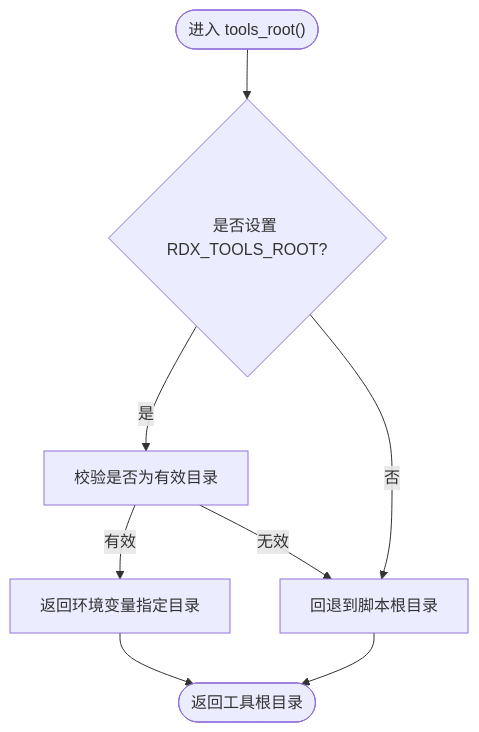
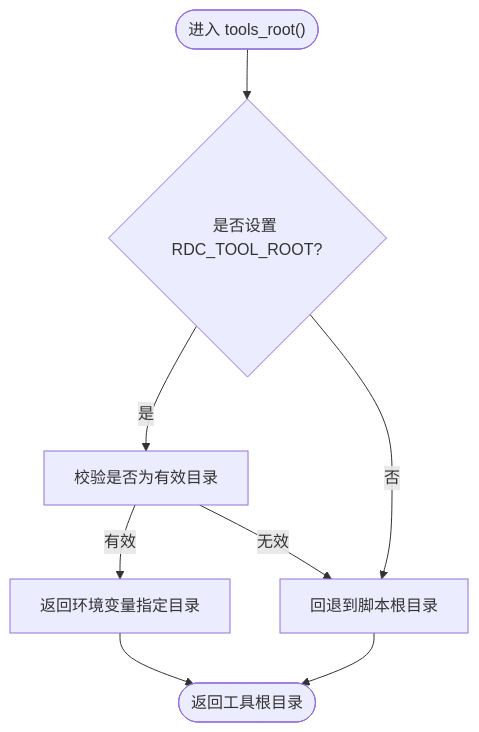
One commit to haolange/RDC-Tool changed the third of 7 diagrams in .qoder/repowiki/zh/content/运行时管理/路径管理系统.md. Above: the diagram before and after it, drawn with Mermaid. The commit also changed other lines of this file and 388 other files, not shown here.

First line of the commit message:
Release RDC-Tool identity and public maintenance surface

````diff
--- a/.qoder/repowiki/zh/content/运行时管理/路径管理系统.md
+++ b/.qoder/repowiki/zh/content/运行时管理/路径管理系统.md
@@ -119,10 +119,10 @@
 ```mermaid
 flowchart TD
-Start(["进入 tools_root()"]) --> CheckEnv{"是否设置 RDX_TOOLS_ROOT?"}
+Start(["进入 tools_root()"]) --> CheckEnv{"是否设置 RDC_TOOL_ROOT?"}
 CheckEnv --> |是| ValidateEnv["校验是否为有效目录"]
 ValidateEnv --> |有效| ReturnEnv["返回环境变量指定目录"]
 ValidateEnv --> |无效| Fallback["回退到脚本根目录"]
 CheckEnv --> |否| Fallback
 Fallback --> End(["返回工具根目录"])
 ReturnEnv --> End
 ```
````
